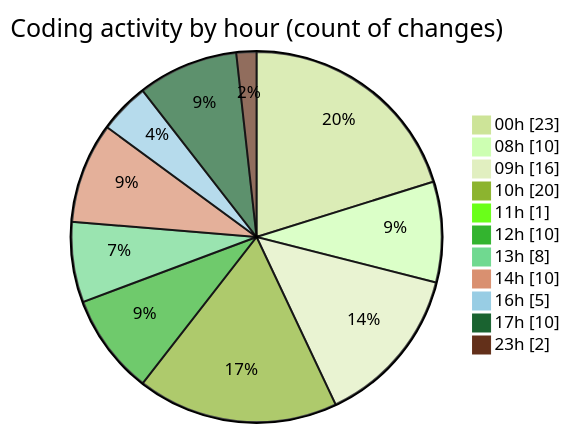
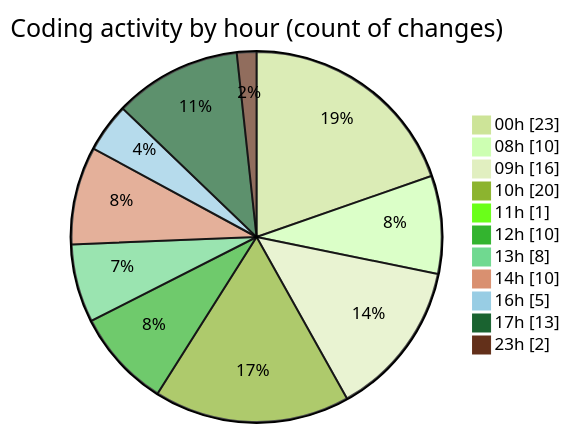
Before and after one commit to Elitesun/code-tracking: the second of 2 diagrams in 2025-05-29/advertise/README.md, drawn with Mermaid (forest theme). The commit also changed other lines of this file and 1 other file, not shown here.

````diff
--- a/2025-05-29/advertise/README.md
+++ b/2025-05-29/advertise/README.md
@@ -44,15 +44,15 @@
 ```mermaid
 pie showData
 title Coding activity by hour (count of changes)
 "00h" : 23
 "08h" : 10
 "09h" : 16
 "10h" : 20
 "11h" : 1
 "12h" : 10
 "13h" : 8
 "14h" : 10
 "16h" : 5
-"17h" : 10
+"17h" : 13
 "23h" : 2
 ```
````
